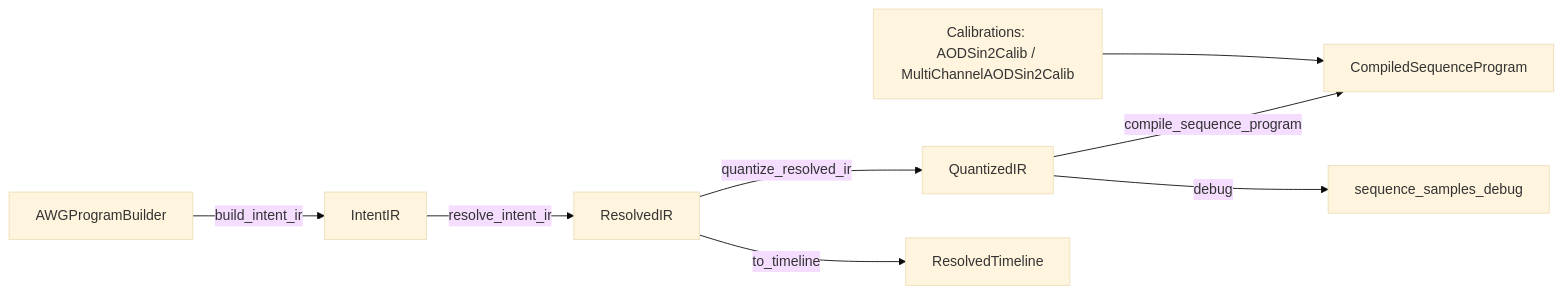
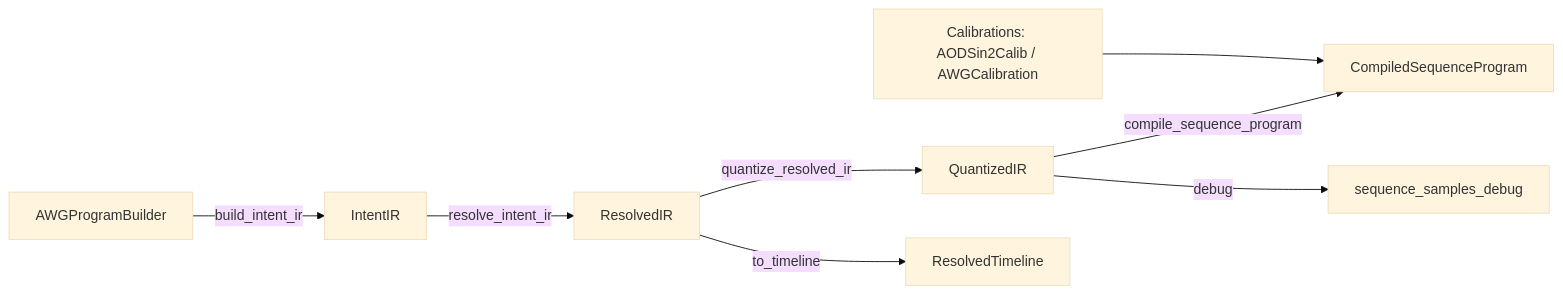
Before and after one commit to CornishLabs/AWGSegmentFactory: the diagram in README.md, drawn with Mermaid (base theme). The commit also changed other lines of this file and 8 other files, not shown here.

````diff
--- a/README.md
+++ b/README.md
@@ -148,18 +148,18 @@
 ```mermaid
 flowchart LR
     B[AWGProgramBuilder]
     I[IntentIR]
     R[ResolvedIR]
     Q[QuantizedIR]
     C[CompiledSequenceProgram]
 
     B -- build_intent_ir --> I
     I -- resolve_intent_ir --> R
     R -- quantize_resolved_ir --> Q
     Q -- compile_sequence_program --> C
 
-    CAL[Calibrations: AODSin2Calib / MultiChannelAODSin2Calib] --> C
+    CAL[Calibrations: AODSin2Calib / AWGCalibration] --> C
 
     R -- to_timeline --> TL[ResolvedTimeline]
     Q -- debug --> DBG[sequence_samples_debug]
 ```
````
